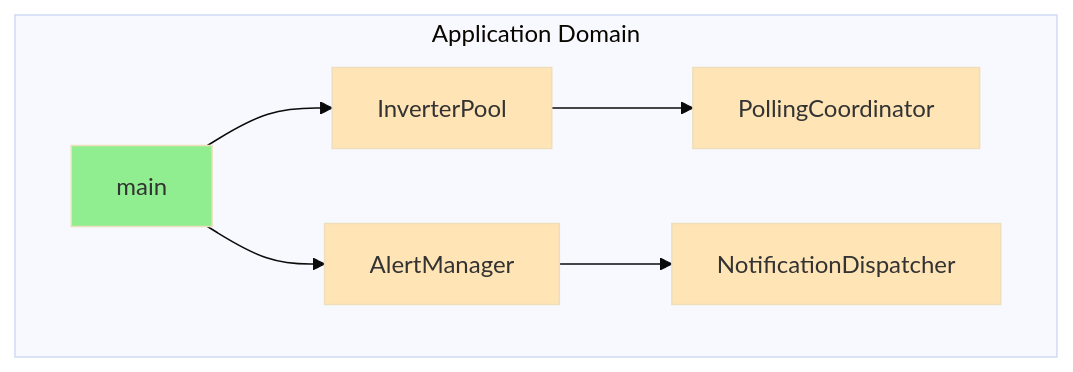
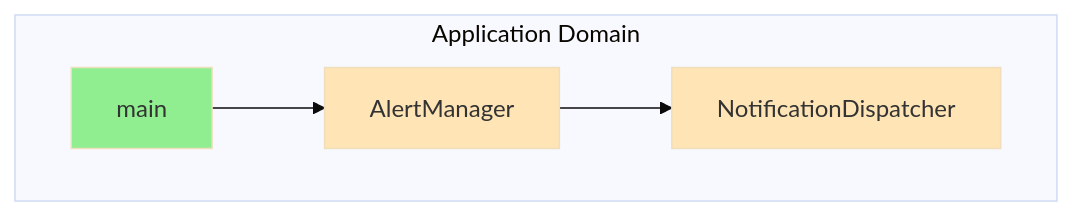
One commit to William12556/solax-modbus changed the second of 4 diagrams in workspace/design/design-bf6d4e5f-domain_application.md. Above: the diagram before and after it, drawn with Mermaid (base theme). The commit also changed other lines of this file and 6 other files, not shown here.

````diff
--- a/workspace/design/design-bf6d4e5f-domain_application.md
+++ b/workspace/design/design-bf6d4e5f-domain_application.md
@@ -159,21 +149,15 @@
 ```mermaid
 flowchart TD
     subgraph "Application Domain"
         MAIN[main]
         ALERT[AlertManager]
-        POOL[InverterPool]
-        COORD[PollingCoordinator]
         NOTIFY[NotificationDispatcher]
     end
     
     MAIN --> ALERT
-    MAIN --> POOL
-    POOL --> COORD
     ALERT --> NOTIFY
     
     style MAIN fill:#90EE90
     style ALERT fill:#FFE4B5
-    style POOL fill:#FFE4B5
-    style COORD fill:#FFE4B5
     style NOTIFY fill:#FFE4B5
 ```
````
